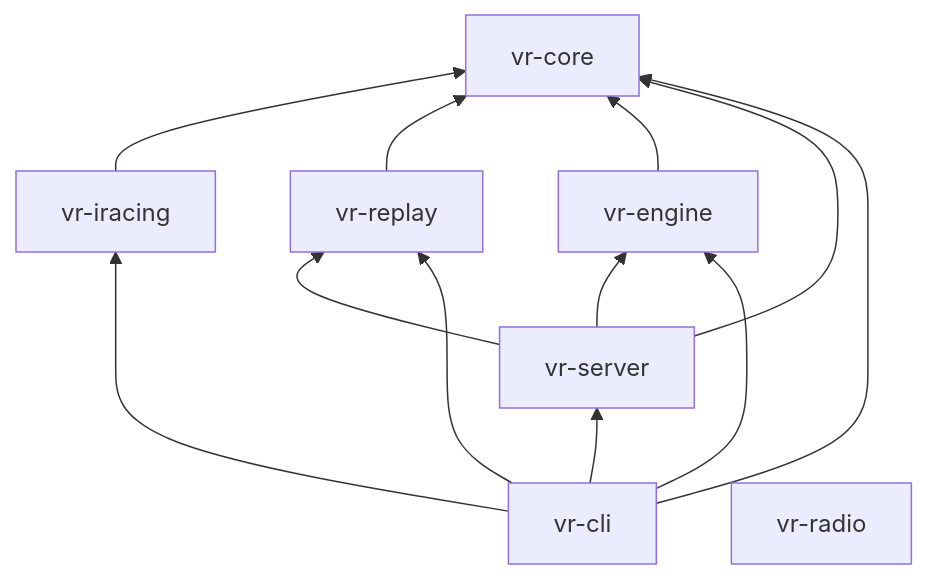
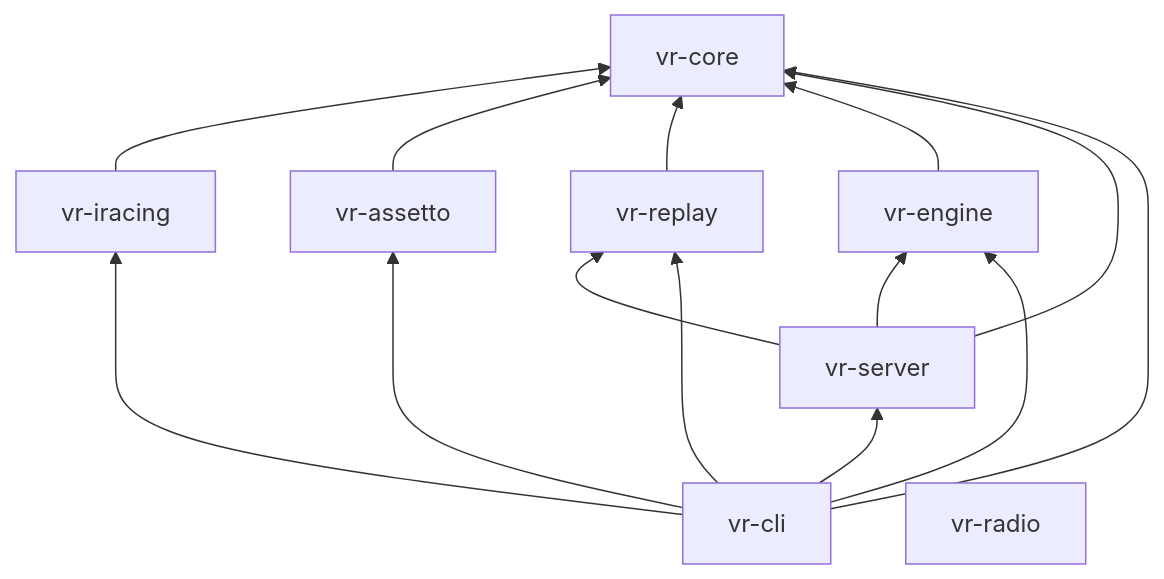
One commit to r4ai/vibe-racing changed the third of 5 diagrams in docs/architecture.md. Above: the diagram before and after it, drawn with Mermaid. The commit also changed other lines of this file and 28 other files, not shown here.

````diff
--- a/docs/architecture.md
+++ b/docs/architecture.md
@@ -141,16 +143,18 @@
 ```mermaid
 flowchart BT
     core[vr-core]
     iracing[vr-iracing] --> core
+    assetto[vr-assetto] --> core
     replay[vr-replay] --> core
     engine[vr-engine] --> core
     server[vr-server] --> engine
     server --> replay
     server --> core
     cli[vr-cli] --> server
     cli --> engine
     cli --> iracing
+    cli --> assetto
     cli --> replay
     cli --> core
     radio[vr-radio]
 ```
````
